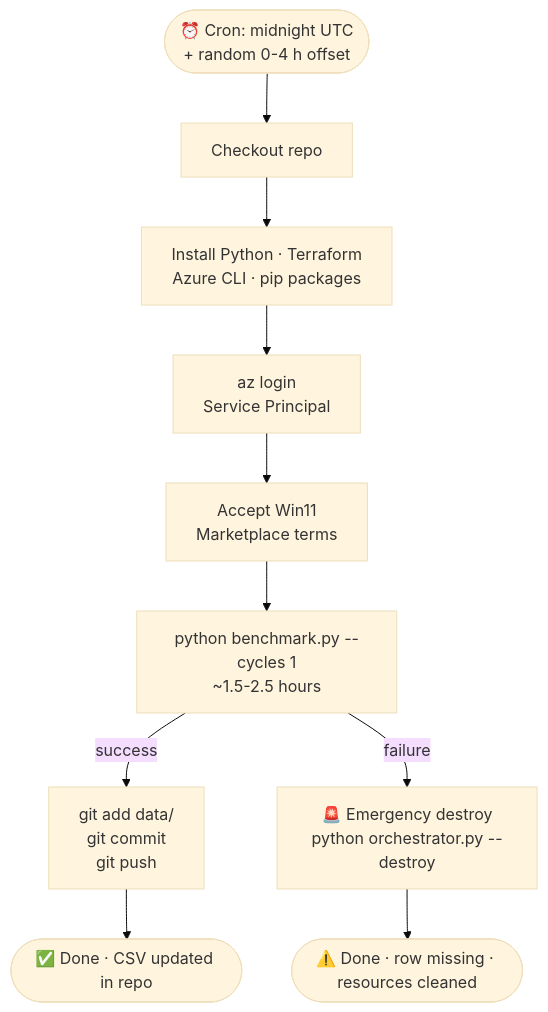
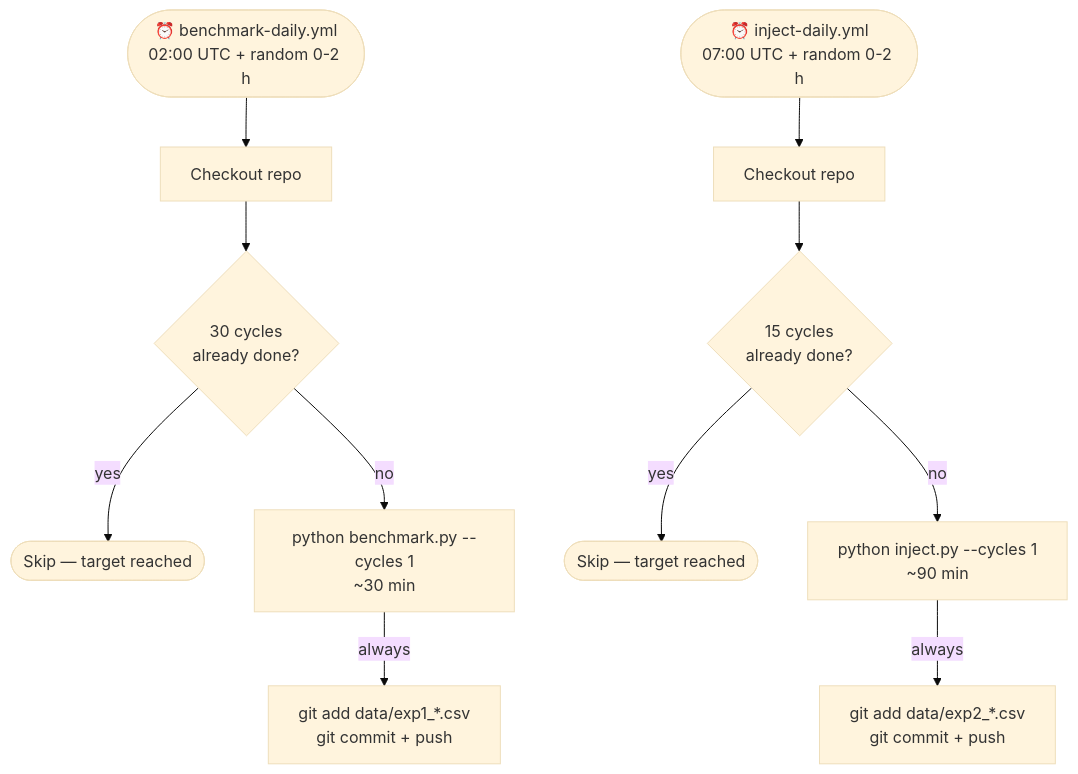
The fifth of 5 diagrams in README.md (kshitiz-Kharal/PL-IaC_MultiCloud_Orchestration), drawn with Mermaid (base theme) before and after one commit. The commit also changed other lines of this file, not shown here.

````diff
--- a/README.md
+++ b/README.md
@@ -491,13 +474,17 @@
 ```mermaid
 flowchart TD
-    SCHED(["⏰ Cron: midnight UTC\n+ random 0-4 h offset"])
-    SCHED --> CHK[Checkout repo]
-    CHK --> TOOLS[Install Python · Terraform\nAzure CLI · pip packages]
-    TOOLS --> AUTH[az login\nService Principal]
-    AUTH --> TERMS[Accept Win11\nMarketplace terms]
-    TERMS --> RUN["python benchmark.py --cycles 1\n~1.5-2.5 hours"]
-    RUN -->|success| COMMIT["git add data/\ngit commit\ngit push"]
-    RUN -->|failure| DESTROY["🚨 Emergency destroy\npython orchestrator.py --destroy"]
-    COMMIT --> DONE([✅ Done · CSV updated in repo])
-    DESTROY --> DONE2([⚠️ Done · row missing · resources cleaned])
+    B(["⏰ benchmark-daily.yml\n02:00 UTC + random 0-2 h"])
+    I(["⏰ inject-daily.yml\n07:00 UTC + random 0-2 h"])
+
+    B --> BCHK[Checkout repo]
+    BCHK --> BCOUNT{30 cycles\nalready done?}
+    BCOUNT -->|yes| BSKIP([Skip — target reached])
+    BCOUNT -->|no| BRUN["python benchmark.py --cycles 1\n~30 min"]
+    BRUN -->|always| BCOMMIT["git add data/exp1_*.csv\ngit commit + push"]
+
+    I --> ICHK[Checkout repo]
+    ICHK --> ICOUNT{15 cycles\nalready done?}
+    ICOUNT -->|yes| ISKIP([Skip — target reached])
+    ICOUNT -->|no| IRUN["python inject.py --cycles 1\n~90 min"]
+    IRUN -->|always| ICOMMIT["git add data/exp2_*.csv\ngit commit + push"]
 ```
````
